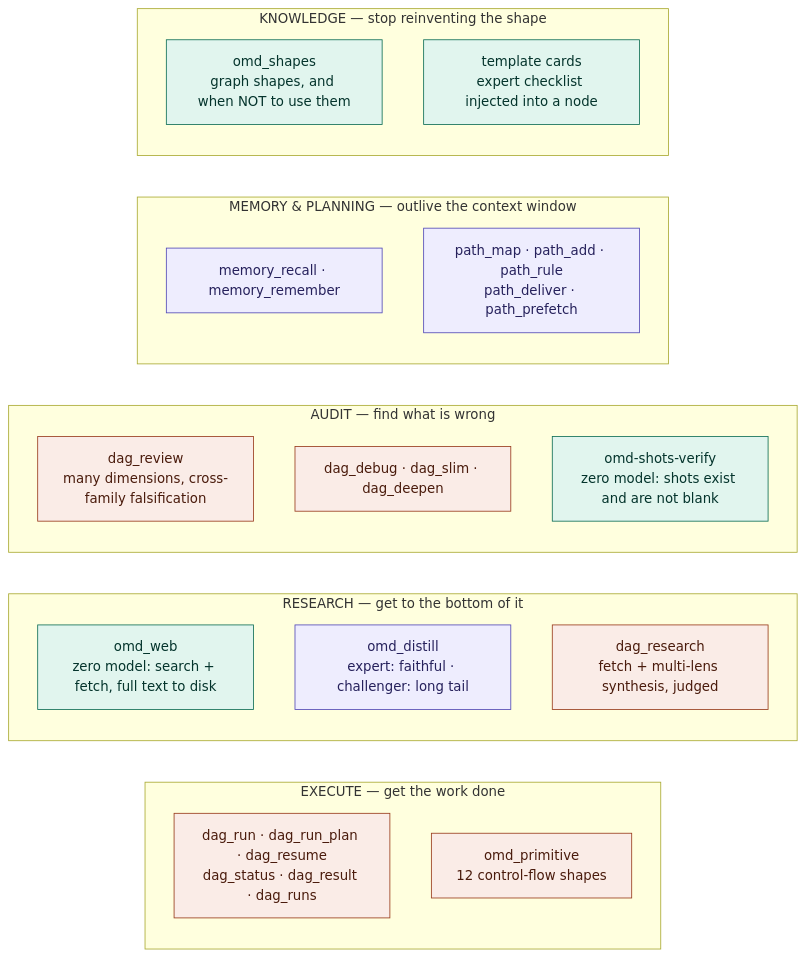
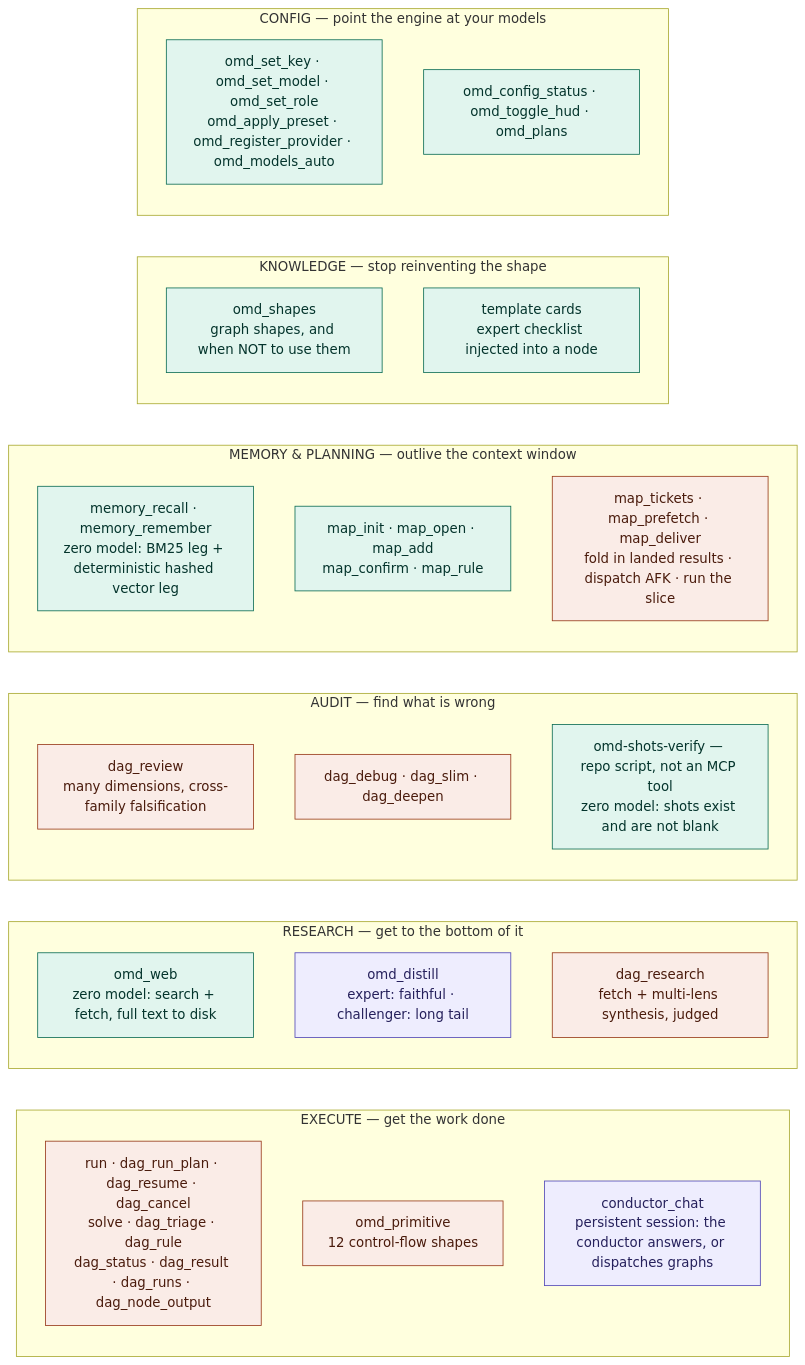
The diagram in docs/diagrams/03-capability-map.md (AbyssCN/oh-my-dag), drawn with Mermaid before and after one commit. The commit also changed other lines of this file and 7 other files, not shown here.

````diff
--- a/docs/diagrams/03-capability-map.md
+++ b/docs/diagrams/03-capability-map.md
@@ -13,36 +17,43 @@
 ```mermaid
 flowchart LR
   subgraph EXEC["EXECUTE — get the work done"]
-    E1["dag_run · dag_run_plan · dag_resume<br/>dag_status · dag_result · dag_runs"]
+    E1["run · dag_run_plan · dag_resume · dag_cancel<br/>solve · dag_triage · dag_rule<br/>dag_status · dag_result · dag_runs · dag_node_output"]
     E2["omd_primitive<br/>12 control-flow shapes"]
+    E3["conductor_chat<br/>persistent session: the conductor answers, or dispatches graphs"]
   end
 
   subgraph RESEARCH["RESEARCH — get to the bottom of it"]
     R1["omd_web<br/>zero model: search + fetch, full text to disk"]
     R2["omd_distill<br/>expert: faithful · challenger: long tail"]
     R3["dag_research<br/>fetch + multi-lens synthesis, judged"]
   end
 
   subgraph AUDIT["AUDIT — find what is wrong"]
     A1["dag_review<br/>many dimensions, cross-family falsification"]
     A2["dag_debug · dag_slim · dag_deepen"]
-    A3["omd-shots-verify<br/>zero model: shots exist and are not blank"]
+    A3["omd-shots-verify — repo script, not an MCP tool<br/>zero model: shots exist and are not blank"]
   end
 
   subgraph MEMORY["MEMORY &amp; PLANNING — outlive the context window"]
-    M1["memory_recall · memory_remember"]
-    M2["path_map · path_add · path_rule<br/>path_deliver · path_prefetch"]
+    M1["memory_recall · memory_remember<br/>zero model: BM25 leg + deterministic hashed vector leg"]
+    M2["map_init · map_open · map_add<br/>map_confirm · map_rule"]
+    M3["map_tickets · map_prefetch · map_deliver<br/>fold in landed results · dispatch AFK · run the slice"]
   end
 
   subgraph KNOW["KNOWLEDGE — stop reinventing the shape"]
     K1["omd_shapes<br/>graph shapes, and when NOT to use them"]
     K2["template cards<br/>expert checklist injected into a node"]
   end
 
+  subgraph CONF["CONFIG — point the engine at your models"]
+    F1["omd_set_key · omd_set_model · omd_set_role<br/>omd_apply_preset · omd_register_provider · omd_models_auto"]
+    F2["omd_config_status · omd_toggle_hud · omd_plans"]
+  end
+
   classDef llm fill:#EEEDFE,stroke:#534AB7,color:#26215C
   classDef zero fill:#E1F5EE,stroke:#0F6E56,color:#04342C
   classDef mixed fill:#FAECE7,stroke:#993C1D,color:#4A1B0C
-  class E1,E2,R3,A1,A2 mixed
-  class R1,A3,K1,K2 zero
-  class R2,M1,M2 llm
+  class E1,E2,R3,A1,A2,M3 mixed
+  class R1,A3,K1,K2,M1,M2,F1,F2 zero
+  class R2,E3 llm
 ```
````
